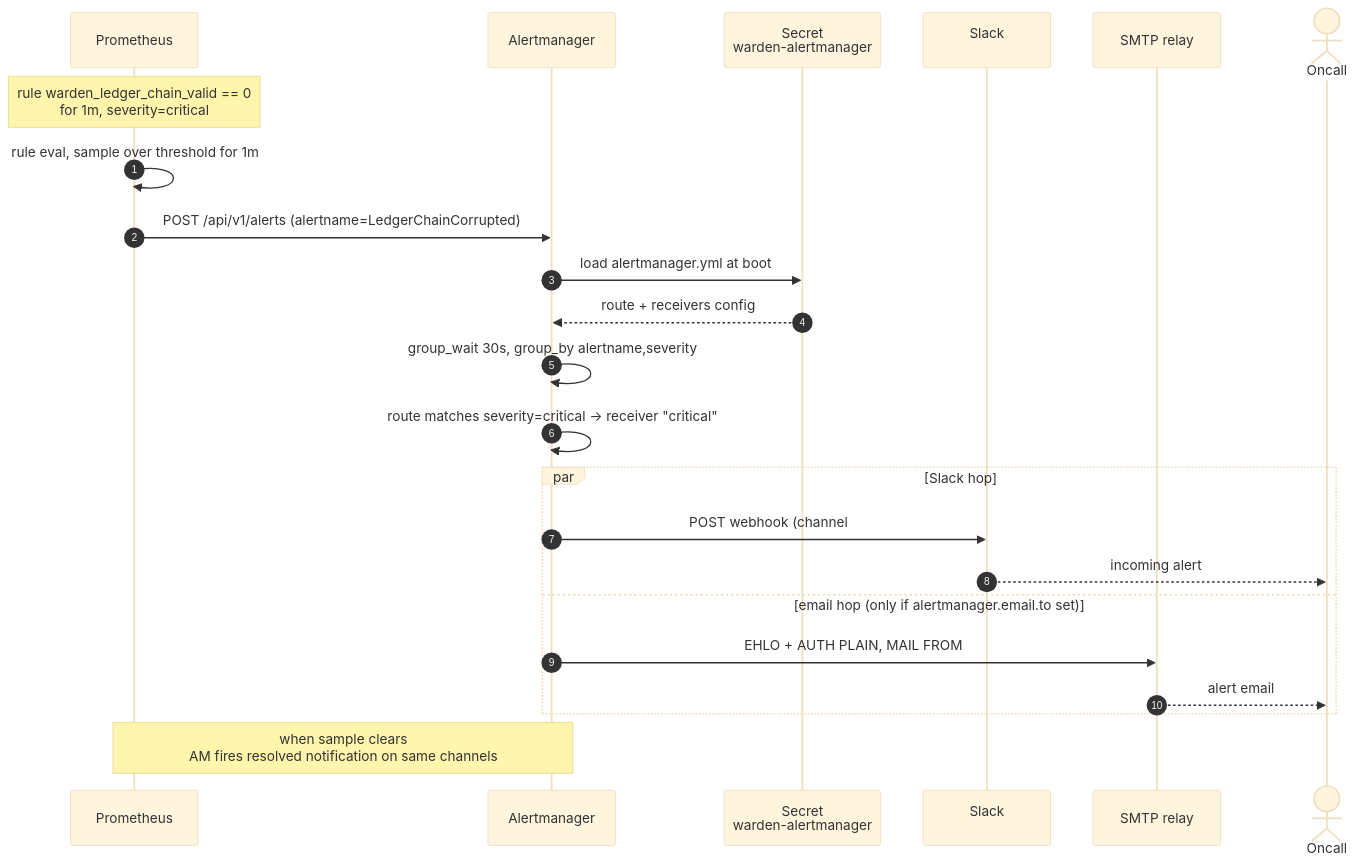
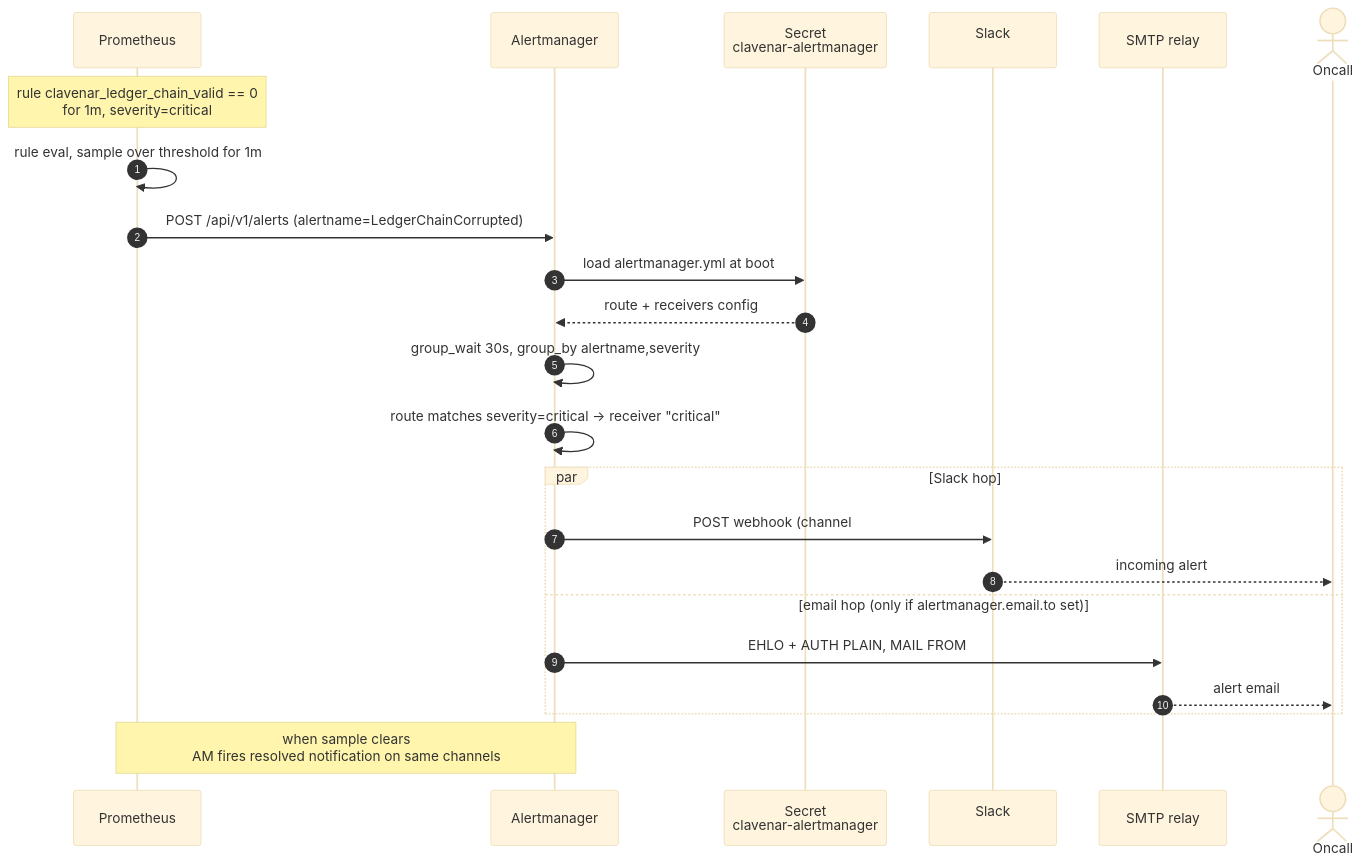
The fifth of 7 diagrams in docs/SEQUENCES.md (clavenar/clavenar-charts), drawn with Mermaid (base theme) before and after one commit. The commit also changed other lines of this file and 40 other files, not shown here.

First line of the commit message:
rename product Agent Warden → Clavenar

````diff
--- a/docs/SEQUENCES.md
+++ b/docs/SEQUENCES.md
@@ -168,29 +168,29 @@
 ```mermaid
 sequenceDiagram
     autonumber
     participant Prom as Prometheus
     participant AM as Alertmanager
-    participant Sec as Secret<br/>warden-alertmanager
-    participant Slack as Slack<br/>#warden-ops
+    participant Sec as Secret<br/>clavenar-alertmanager
+    participant Slack as Slack<br/>#clavenar-ops
     participant SMTP as SMTP relay
     actor Op as Oncall
 
-    Note over Prom: rule warden_ledger_chain_valid == 0<br/>for 1m, severity=critical
+    Note over Prom: rule clavenar_ledger_chain_valid == 0<br/>for 1m, severity=critical
     Prom->>Prom: rule eval, sample over threshold for 1m
     Prom->>AM: POST /api/v1/alerts (alertname=LedgerChainCorrupted)
 
     AM->>Sec: load alertmanager.yml at boot
     Sec-->>AM: route + receivers config
     AM->>AM: group_wait 30s, group_by alertname,severity
     AM->>AM: route matches severity=critical -> receiver "critical"
 
     par Slack hop
-        AM->>Slack: POST webhook (channel #warden-ops, send_resolved=true)
+        AM->>Slack: POST webhook (channel #clavenar-ops, send_resolved=true)
         Slack-->>Op: incoming alert
     and email hop (only if alertmanager.email.to set)
         AM->>SMTP: EHLO + AUTH PLAIN, MAIL FROM
         SMTP-->>Op: alert email
     end
 
     Note over Prom,AM: when sample clears<br/>AM fires resolved notification on same channels
 ```
````
